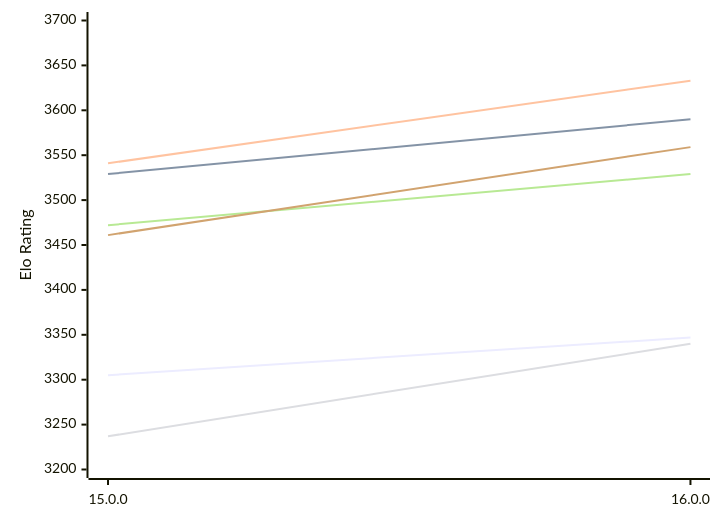
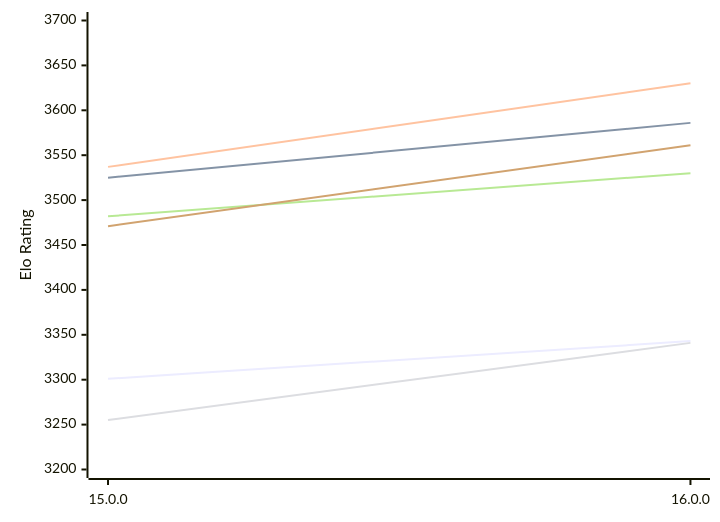
The first of 2 diagrams in engines/Halogen.md (computer-chess-index/cci), drawn with Mermaid before and after one commit. The commit also changed other lines of this file, not shown here.

Commit message:
Update CCI Ratings (ELO VLTC) - 2026-11-21

````diff
--- a/engines/Halogen.md
+++ b/engines/Halogen.md
@@ -50,12 +50,12 @@
 ```mermaid
 %%{init: {"theme":"base","themeVariables":{"seriesColors:['#a3a3a3','#222221','#faa371']}}}%%
 xychart-beta
   x-axis ["15.0.0", "16.0.0"]
   y-axis "Elo Rating" 3200 --> 3700
-  line "E1: STC (8.0+0.08s)" [3305, 3347]
-  line "E1: LTC (60.0+0.60s)" [3529, 3590]
-  line "E1: VLTC (2m24s+1.12s)" [3541, 3633]
-  line "P1: STC (8.0+0.08s)" [3237, 3340]
-  line "P1: LTC (60.0+0.60s)" [3472, 3529]
-  line "P1: VLTC (2m24s+1.12s)" [3461, 3559]
+  line "E1: STC (8.0+0.08s)" [3301, 3343]
+  line "E1: LTC (60.0+0.60s)" [3525, 3586]
+  line "E1: VLTC (2m24s+1.12s)" [3537, 3630]
+  line "P1: STC (8.0+0.08s)" [3255, 3341]
+  line "P1: LTC (60.0+0.60s)" [3482, 3530]
+  line "P1: VLTC (2m24s+1.12s)" [3471, 3561]
 ```
````
